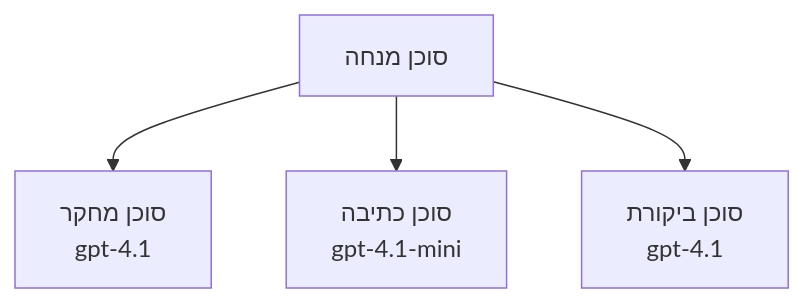
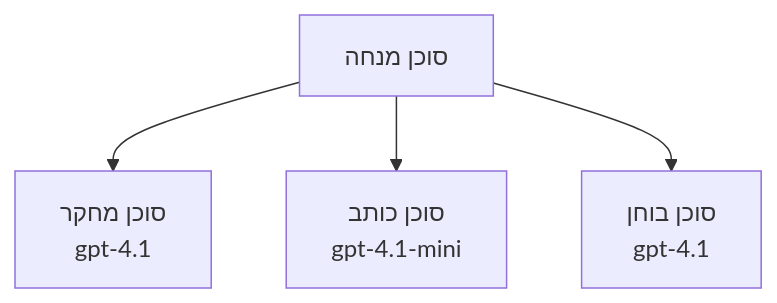
The third of 3 diagrams in translations/he/docs/chapter-02-ai-development/agents.md (microsoft/AZD-for-beginners), drawn with Mermaid before and after one commit. The commit also changed other lines of this file and 61 other files, not shown here.

````diff
--- a/translations/he/docs/chapter-02-ai-development/agents.md
+++ b/translations/he/docs/chapter-02-ai-development/agents.md
@@ -201,6 +201,6 @@
 ```mermaid
 graph TD
     Orchestrator[סוכן מנחה] --> Research[סוכן מחקר<br/>gpt-4.1]
-    Orchestrator --> Writer[סוכן כתיבה<br/>gpt-4.1-mini]
-    Orchestrator --> Reviewer[סוכן ביקורת<br/>gpt-4.1]
+    Orchestrator --> Writer[סוכן כותב<br/>gpt-4.1-mini]
+    Orchestrator --> Reviewer[סוכן בוחן<br/>gpt-4.1]
 ```
````
